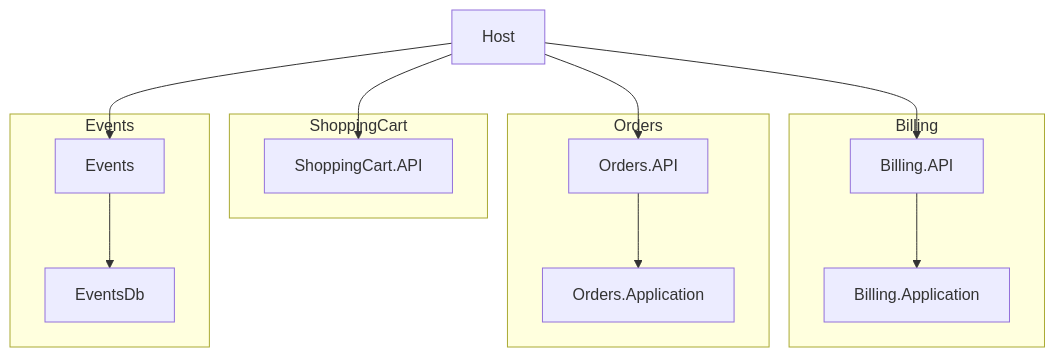
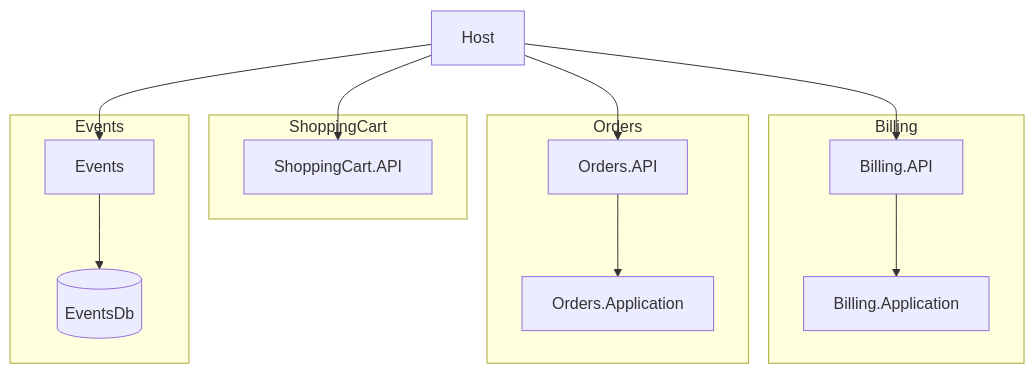
Before and after one commit to RobertoFreireDev/ECOMMERCE: the diagram in README.md, drawn with Mermaid.

````diff
--- a/README.md
+++ b/README.md
@@ -1,31 +1,31 @@
 ```mermaid
 flowchart TD
     Host["Host"]
 
     subgraph Billing["Billing"]
         BillingAPI["Billing.API"]
         BillingApp["Billing.Application"]
         BillingAPI --> BillingApp
     end
 
     subgraph Orders["Orders"]
         OrdersAPI["Orders.API"]
         OrdersApp["Orders.Application"]
         OrdersAPI --> OrdersApp
     end
 
     subgraph ShoppingCart["ShoppingCart"]
         CartAPI["ShoppingCart.API"]
     end
 
     subgraph EventsModule["Events"]
         Events["Events"]
-        EventsDb["EventsDb"]
+        EventsDb[(EventsDb)]
         Events --> EventsDb
     end
 
     Host --> BillingAPI
     Host --> OrdersAPI
     Host --> CartAPI
     Host --> Events
 ```
````
